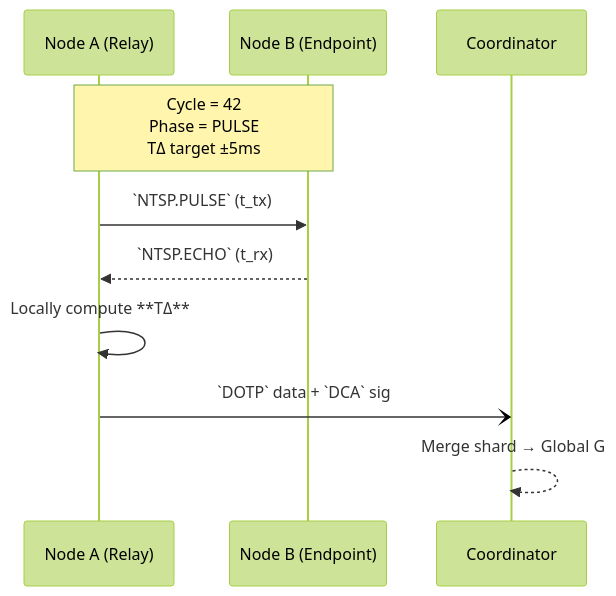
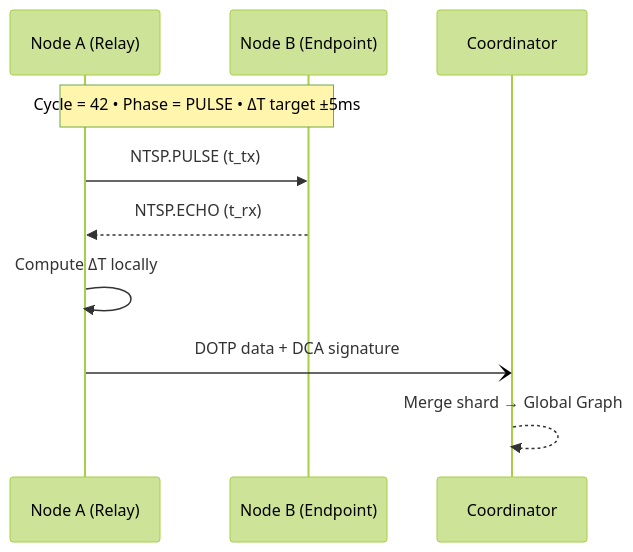
One commit to echomesh/echomesh changed the third of 3 diagrams in docs/overview/echomesh_stack.md. Above: the diagram before and after it, drawn with Mermaid (forest theme). The commit also changed other lines of this file and 33 other files, not shown here.

````diff
--- a/docs/overview/echomesh_stack.md
+++ b/docs/overview/echomesh_stack.md
@@ -84,13 +86,13 @@
 ```mermaid
 sequenceDiagram
     participant A as Node A (Relay)
     participant B as Node B (Endpoint)
     participant C as Coordinator
 
-    Note over A,B: Cycle = 42<br/>Phase = PULSE<br/>TΔ target ±5ms
-    A->>B: `NTSP.PULSE` (t_tx)
-    B-->>A: `NTSP.ECHO`  (t_rx)
-    A->>A: Locally compute **TΔ**
-    A-)C: `DOTP` data + `DCA` sig
-    C-->>C: Merge shard → Global G
+    Note over A,B: Cycle = 42 • Phase = PULSE • ΔT target ±5ms
+    A->>B: NTSP.PULSE (t_tx)
+    B-->>A: NTSP.ECHO (t_rx)
+    A->>A: Compute ΔT locally
+    A-)C: DOTP data + DCA signature
+    C-->>C: Merge shard → Global Graph
 ```
````
